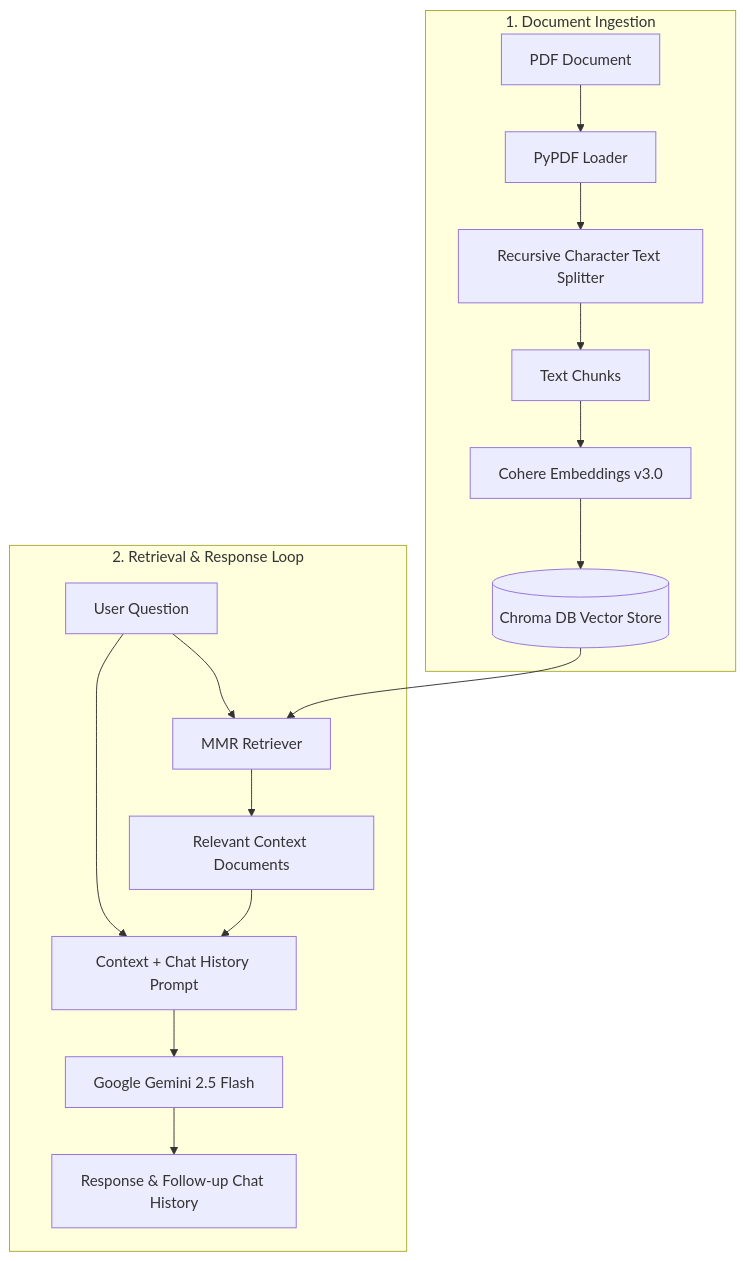
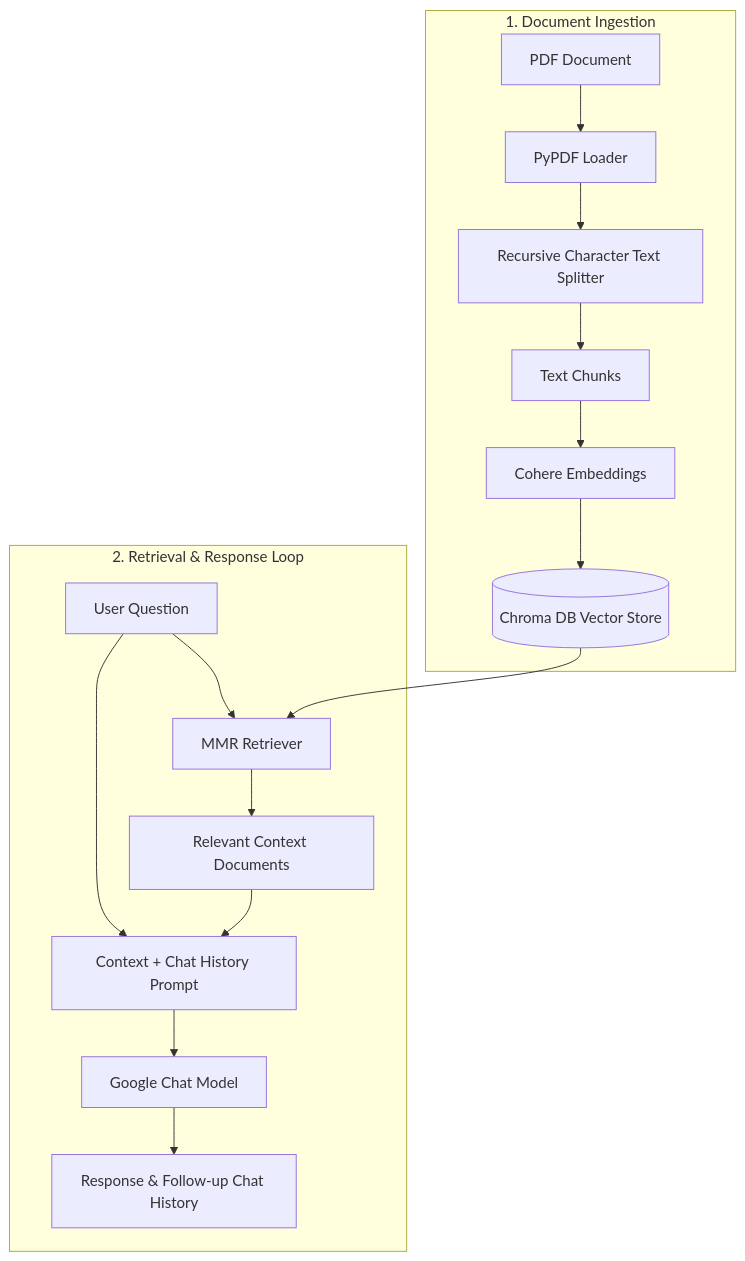
One commit to suryasenthilr/PDF_RAG_CHATBOT changed the diagram in README.md. Above: the diagram before and after it, drawn with Mermaid. The commit also changed other lines of this file, not shown here.

Commit message:
Make model names generic in README.md

````diff
--- a/README.md
+++ b/README.md
@@ -21,20 +21,20 @@
 ```mermaid
 flowchart TD
     subgraph Ingestion ["1. Document Ingestion"]
         PDF[PDF Document] --> Loader[PyPDF Loader]
         Loader --> Splitter[Recursive Character Text Splitter]
         Splitter --> Chunks[Text Chunks]
-        Chunks --> Embedder[Cohere Embeddings v3.0]
+        Chunks --> Embedder[Cohere Embeddings]
         Embedder --> VectorStore[(Chroma DB Vector Store)]
     end
 
     subgraph QueryFlow ["2. Retrieval & Response Loop"]
         UserQuery[User Question] --> Retriever[MMR Retriever]
         VectorStore --> Retriever
         Retriever --> Context[Relevant Context Documents]
         Context --> Prompt[Context + Chat History Prompt]
         UserQuery --> Prompt
-        Prompt --> LLM[Google Gemini 2.5 Flash]
+        Prompt --> LLM[Google Chat Model]
         LLM --> Response[Response & Follow-up Chat History]
     end
 ```
````
